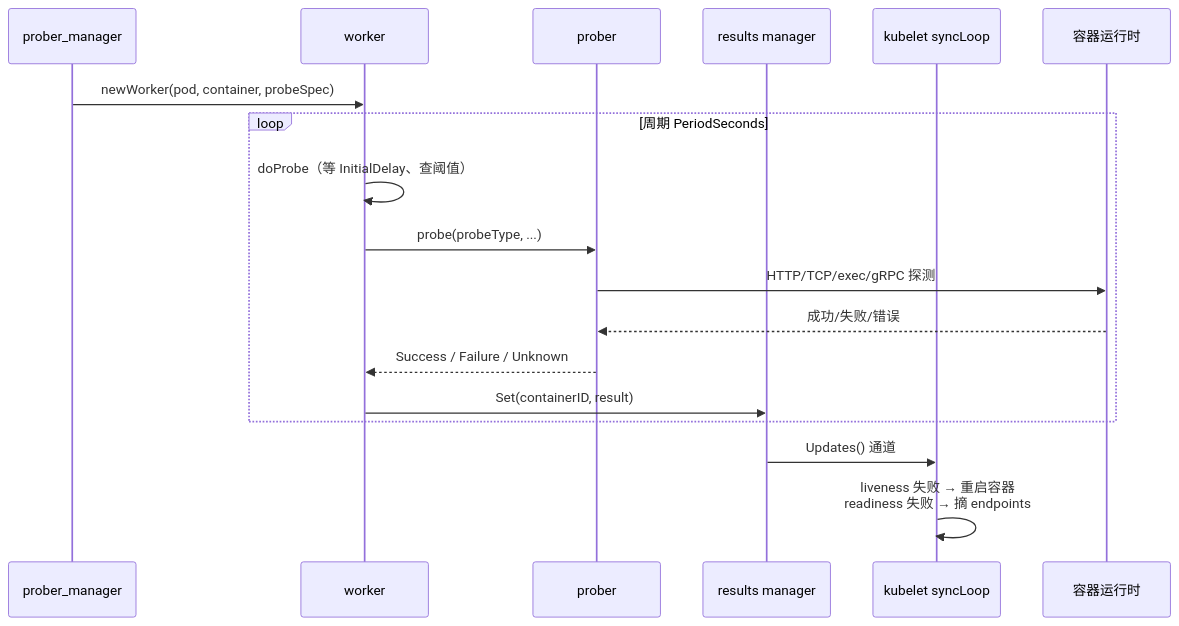
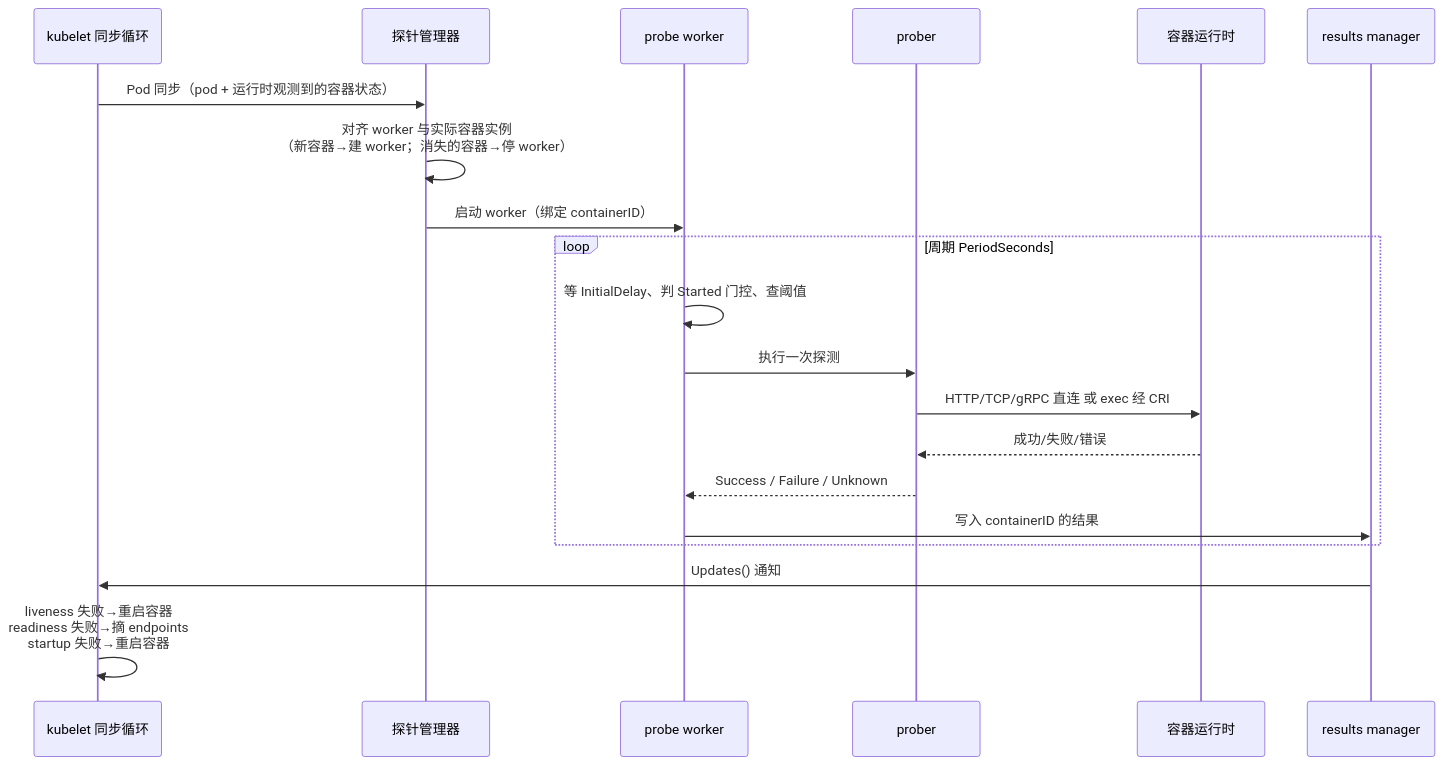
One commit to adrian9778/kubernetes changed the first of 2 diagrams in docs/topics/kubelet探针机制.md. Above: the diagram before and after it, drawn with Mermaid. The commit also changed other lines of this file and 1 other file, not shown here.

First line of the commit message:
docs(sourceReader): refresh kubelet probe topic + add PodCertsSigner topic @6bf0bfd51d7

````diff
--- a/docs/topics/kubelet探针机制.md
+++ b/docs/topics/kubelet探针机制.md
@@ -53,21 +64,23 @@
 ```mermaid
 sequenceDiagram
-    participant PM as prober_manager
-    participant W as worker
+    participant KL as kubelet 同步循环
+    participant PM as 探针管理器
+    participant W as probe worker
     participant P as prober
+    participant CRI as 容器运行时
     participant RM as results manager
-    participant SL as kubelet syncLoop
-    participant CRI as 容器运行时
 
-    PM->>W: newWorker(pod, container, probeSpec)
+    KL->>PM: Pod 同步（pod + 运行时观测到的容器状态）
+    PM->>PM: 对齐 worker 与实际容器实例<br/>（新容器→建 worker；消失的容器→停 worker）
+    PM->>W: 启动 worker（绑定 containerID）
     loop 周期 PeriodSeconds
-        W->>W: doProbe（等 InitialDelay、查阈值）
-        W->>P: probe(probeType, ...)
-        P->>CRI: HTTP/TCP/exec/gRPC 探测
+        W->>W: 等 InitialDelay、判 Started 门控、查阈值
+        W->>P: 执行一次探测
+        P->>CRI: HTTP/TCP/gRPC 直连 或 exec 经 CRI
         CRI-->>P: 成功/失败/错误
         P-->>W: Success / Failure / Unknown
-        W->>RM: Set(containerID, result)
+        W->>RM: 写入 containerID 的结果
     end
-    RM->>SL: Updates() 通道
-    SL->>SL: liveness 失败 → 重启容器<br/>readiness 失败 → 摘 endpoints
+    RM->>KL: Updates() 通知
+    KL->>KL: liveness 失败→重启容器<br/>readiness 失败→摘 endpoints<br/>startup 失败→重启容器
 ```
````
